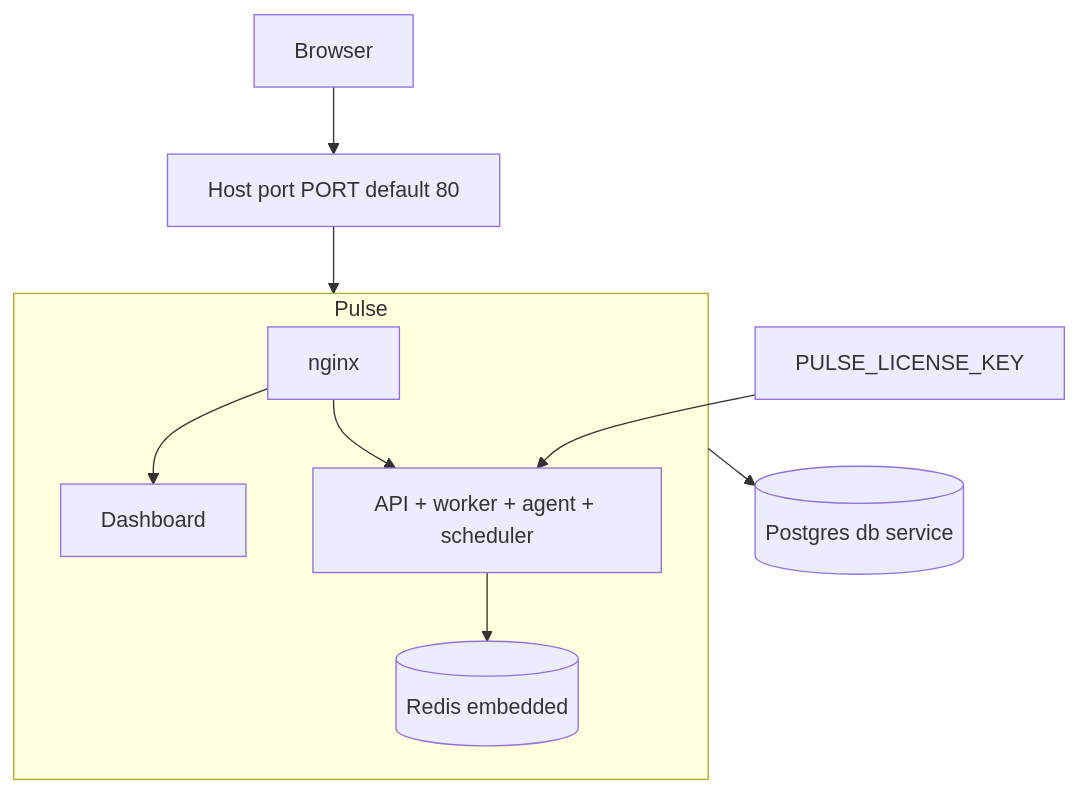
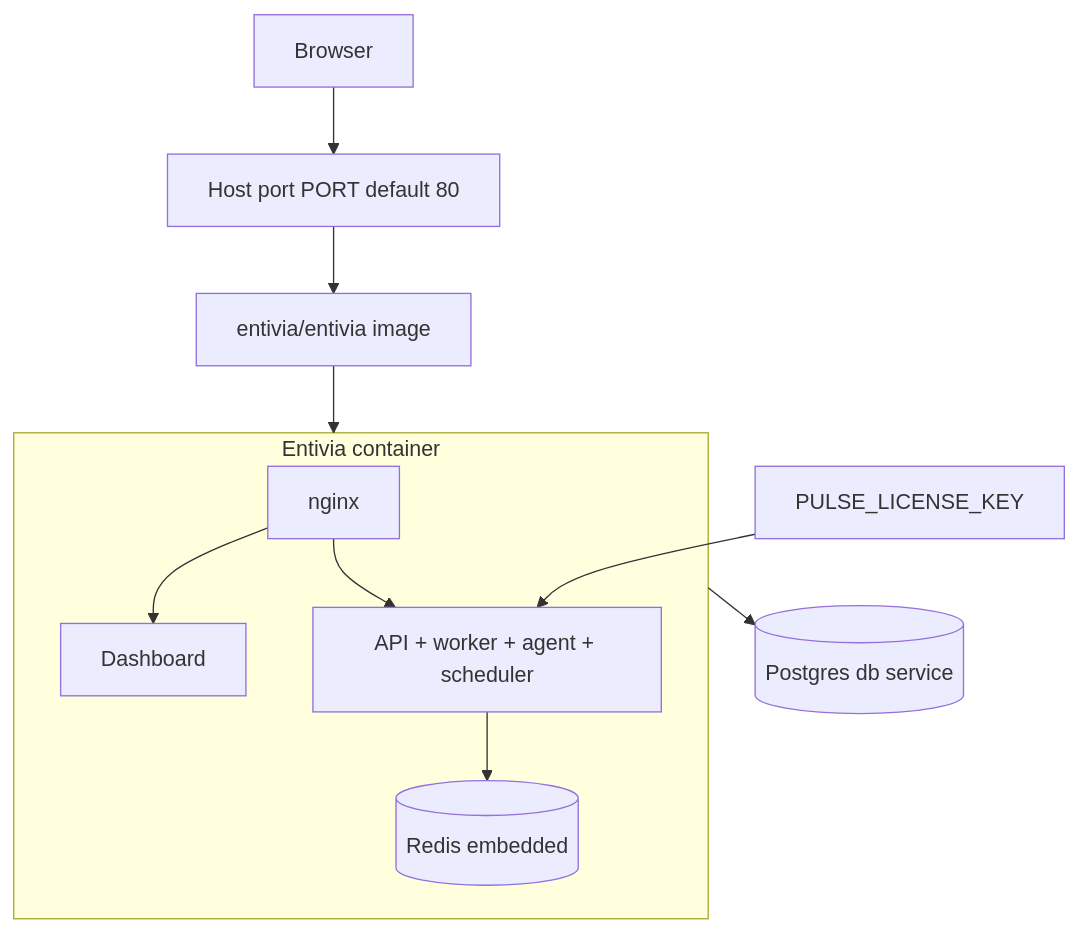
The diagram in content/docs/hosting-self-hosted.md (PulseAgentZero/dashboard), drawn with Mermaid before and after one commit. The commit also changed other lines of this file and 79 other files, not shown here.

````diff
--- a/content/docs/hosting-self-hosted.md
+++ b/content/docs/hosting-self-hosted.md
@@ -144,16 +144,17 @@
 ```mermaid
 flowchart TB
   User[Browser] --> Port["Host port PORT default 80"]
-  Port --> Pulse["pulseai/pulse image"]
-  subgraph Pulse
+  Port --> Image["entivia/entivia image"]
+  subgraph stack [Entivia container]
     Nginx[nginx]
     UI[Dashboard]
     API[API + worker + agent + scheduler]
     Redis[(Redis embedded)]
     Nginx --> UI
     Nginx --> API
     API --> Redis
   end
-  Pulse --> PG[(Postgres db service)]
+  Image --> stack
+  stack --> PG[(Postgres db service)]
   License[PULSE_LICENSE_KEY] --> API
 ```
````
